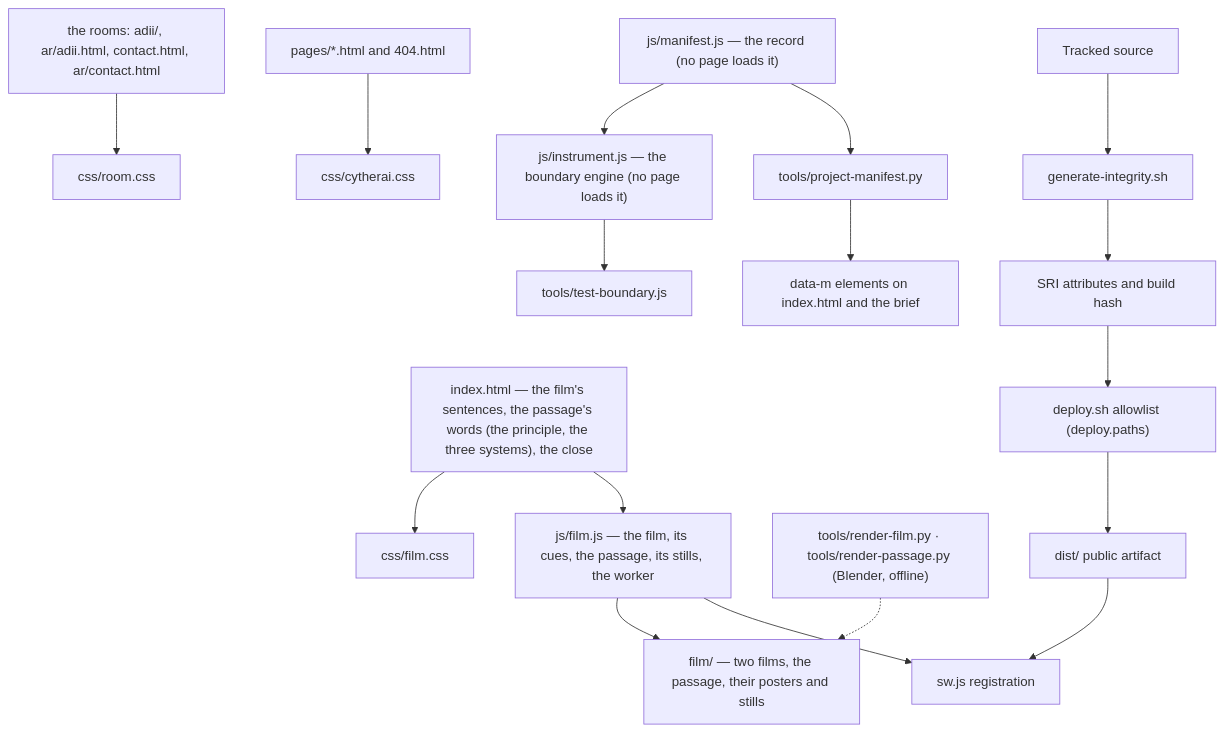
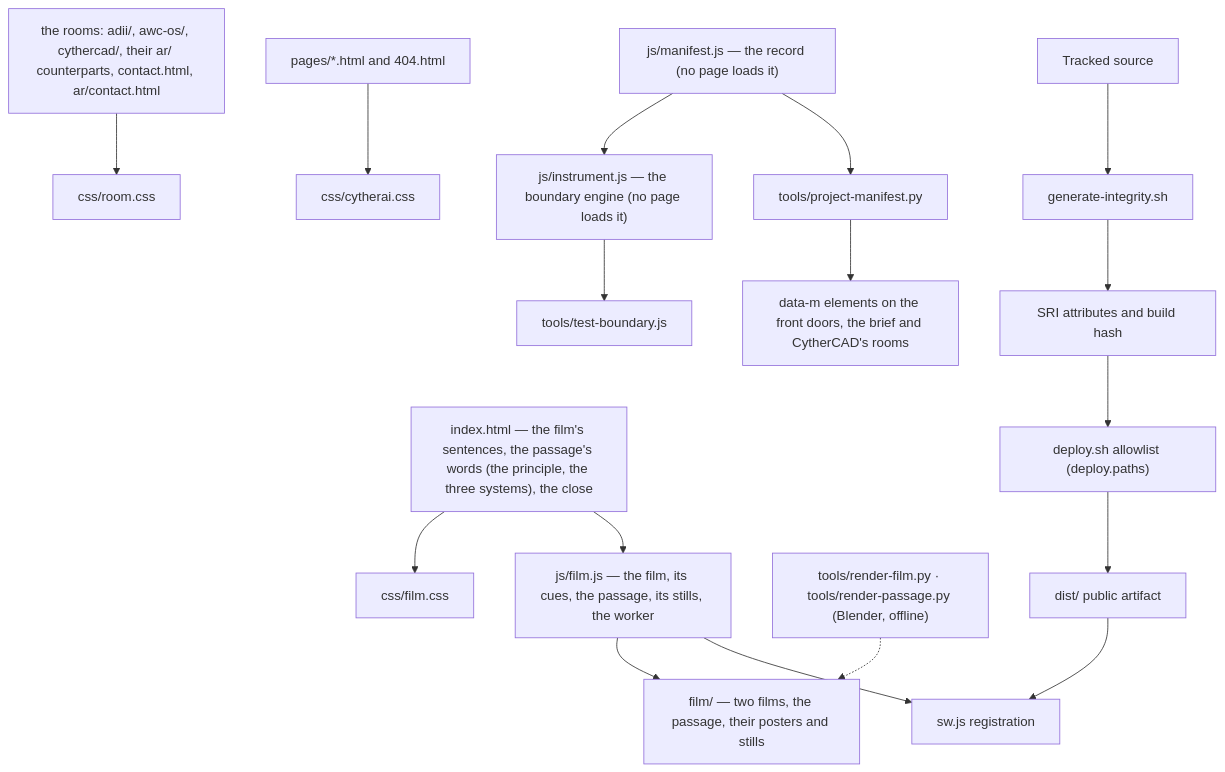
One commit to AethersDev/CytherAI changed the diagram in docs/architecture.md. Above: the diagram before and after it, drawn with Mermaid. The commit also changed other lines of this file and 32 other files, not shown here.

Commit message:
release: AWC-OS's and CytherCAD's evidence as rooms, each route to its own arrival (build 502593FFB37C9DEE)

````diff
--- a/docs/architecture.md
+++ b/docs/architecture.md
@@ -22,22 +22,22 @@
 ```mermaid
 flowchart TD
   I["index.html — the film's sentences, the passage's words (the principle, the three systems), the close"] --> CSS2["css/film.css"]
   I --> F["js/film.js — the film, its cues, the passage, its stills, the worker"]
   F --> MED["film/ — two films, the passage, their posters and stills"]
   F --> SW["sw.js registration"]
   RF["tools/render-film.py · tools/render-passage.py (Blender, offline)"] -.-> MED
 
-  RM["the rooms: adii/, ar/adii.html, contact.html, ar/contact.html"] --> ROOM["css/room.css"]
+  RM["the rooms: adii/, awc-os/, cythercad/, their ar/ counterparts, contact.html, ar/contact.html"] --> ROOM["css/room.css"]
   P["pages/*.html and 404.html"] --> CSS["css/cytherai.css"]
 
   M["js/manifest.js — the record (no page loads it)"] --> B["js/instrument.js — the boundary engine (no page loads it)"]
   B --> TB["tools/test-boundary.js"]
 
   SRC["Tracked source"] --> SRI["generate-integrity.sh"]
   SRI --> ID["SRI attributes and build hash"]
   ID --> DEP["deploy.sh allowlist (deploy.paths)"]
   DEP --> DIST["dist/ public artifact"]
   DIST --> SW
 
-  M --> PM["tools/project-manifest.py"] --> DM["data-m elements on index.html and the brief"]
+  M --> PM["tools/project-manifest.py"] --> DM["data-m elements on the front doors, the brief and CytherCAD's rooms"]
 ```
````
